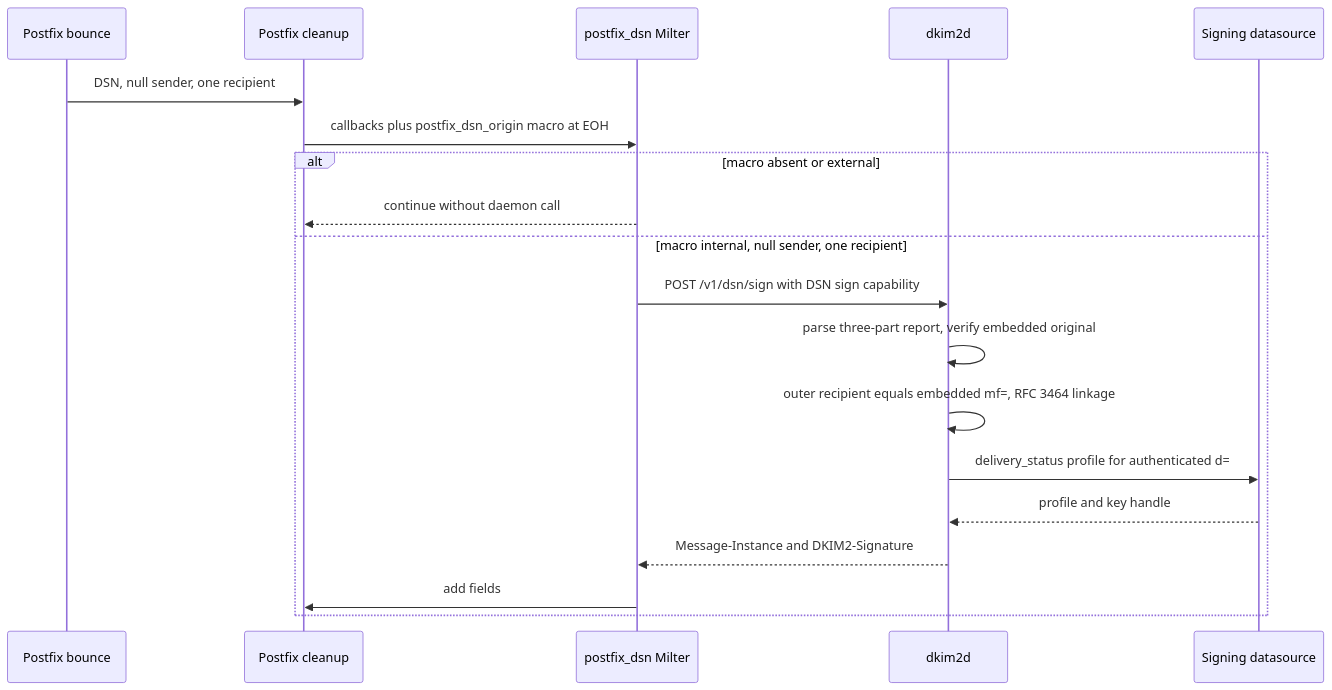
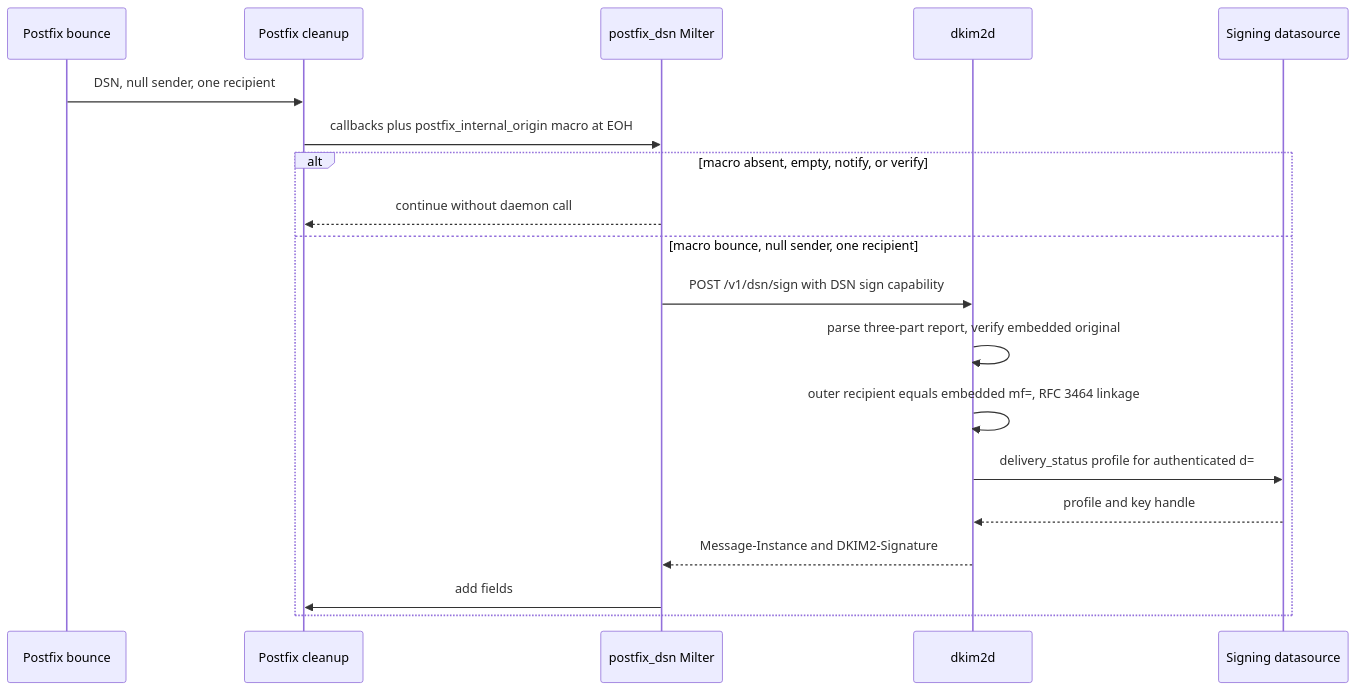
One commit to croessner/dkim2 changed the seventh of 10 diagrams in docs/operator/deployment-walkthrough.md. Above: the diagram before and after it, drawn with Mermaid. The commit also changed other lines of this file and 16 other files, not shown here.

First line of the commit message:
Change: Adopt upstream Postfix internal origin for DSN signing

````diff
--- a/docs/operator/deployment-walkthrough.md
+++ b/docs/operator/deployment-walkthrough.md
@@ -394,21 +394,21 @@
 ```mermaid
 sequenceDiagram
     participant Bounce as Postfix bounce
     participant Cleanup as Postfix cleanup
     participant Milter as postfix_dsn Milter
     participant Daemon as dkim2d
     participant Store as Signing datasource
     Bounce->>Cleanup: DSN, null sender, one recipient
-    Cleanup->>Milter: callbacks plus postfix_dsn_origin macro at EOH
-    alt macro absent or external
+    Cleanup->>Milter: callbacks plus postfix_internal_origin macro at EOH
+    alt macro absent, empty, notify, or verify
         Milter-->>Cleanup: continue without daemon call
-    else macro internal, null sender, one recipient
+    else macro bounce, null sender, one recipient
         Milter->>Daemon: POST /v1/dsn/sign with DSN sign capability
         Daemon->>Daemon: parse three-part report, verify embedded original
         Daemon->>Daemon: outer recipient equals embedded mf=, RFC 3464 linkage
         Daemon->>Store: delivery_status profile for authenticated d=
         Store-->>Daemon: profile and key handle
         Daemon-->>Milter: Message-Instance and DKIM2-Signature
         Milter->>Cleanup: add fields
     end
 ```
````
